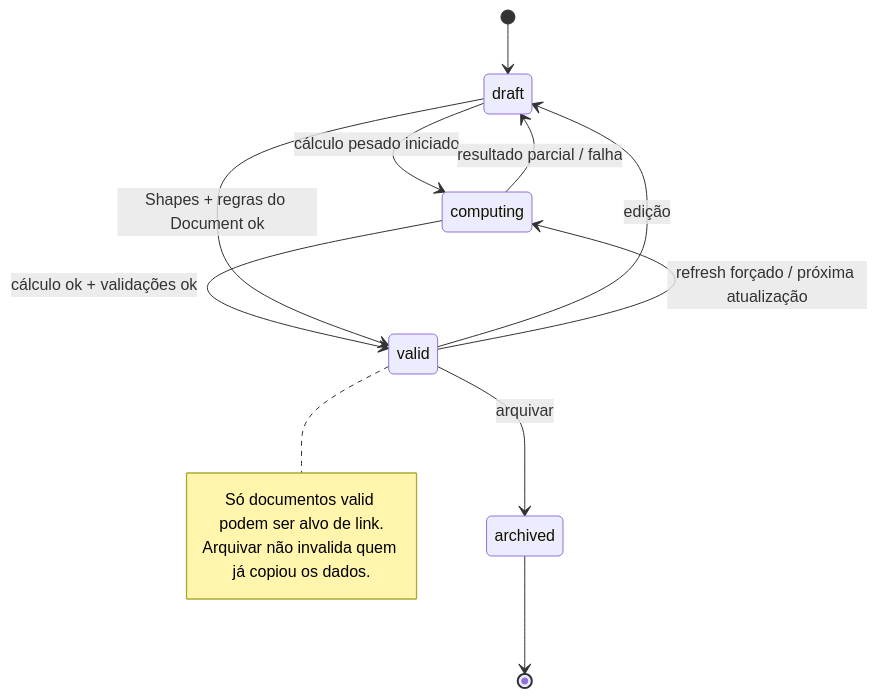
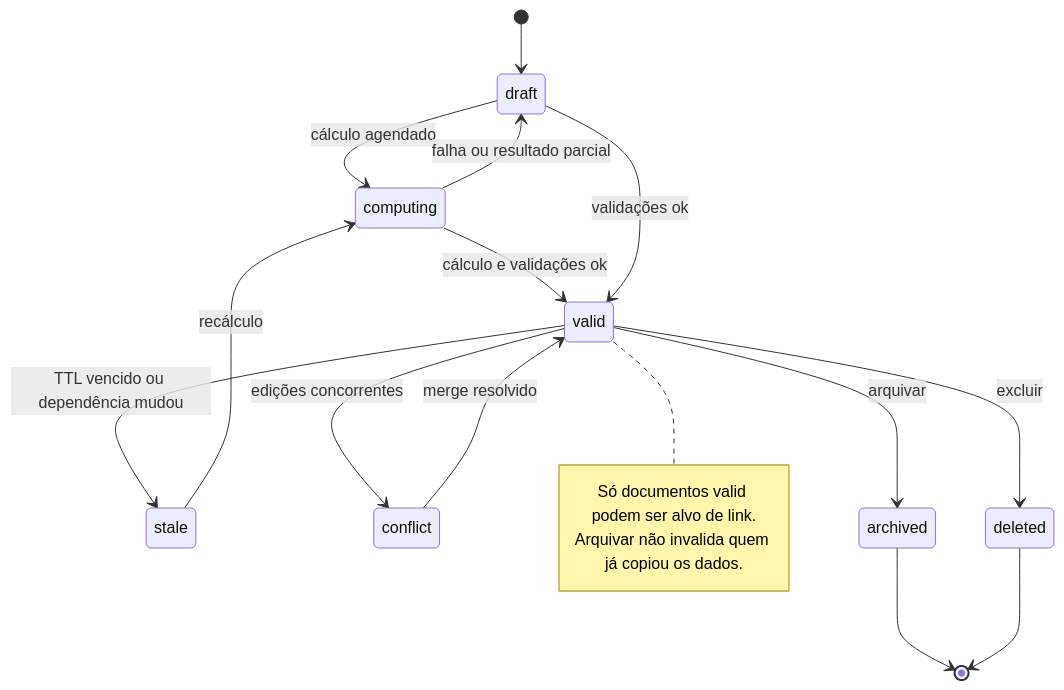
One commit to teintinu/bpcms changed the fifth of 9 diagrams in BRAINSTORM.md. Above: the diagram before and after it, drawn with Mermaid. The commit also changed other lines of this file, not shown here.

````diff
--- a/BRAINSTORM.md
+++ b/BRAINSTORM.md
@@ -157,17 +575,21 @@
 ```mermaid
 stateDiagram-v2
   [*] --> draft
-  draft --> computing: cálculo pesado iniciado
-  computing --> valid: cálculo ok + validações ok
-  computing --> draft: resultado parcial / falha
-  draft --> valid: Shapes + regras do Document ok
-  valid --> draft: edição
-  valid --> computing: refresh forçado / próxima atualização
+  draft --> computing: cálculo agendado
+  computing --> valid: cálculo e validações ok
+  computing --> draft: falha ou resultado parcial
+  draft --> valid: validações ok
+  valid --> stale: TTL vencido ou dependência mudou
+  stale --> computing: recálculo
+  valid --> conflict: edições concorrentes
+  conflict --> valid: merge resolvido
   valid --> archived: arquivar
   archived --> [*]
+  valid --> deleted: excluir
+  deleted --> [*]
 
   note right of valid
     Só documentos valid podem ser alvo de link.
     Arquivar não invalida quem já copiou os dados.
   end note
 ```
````
